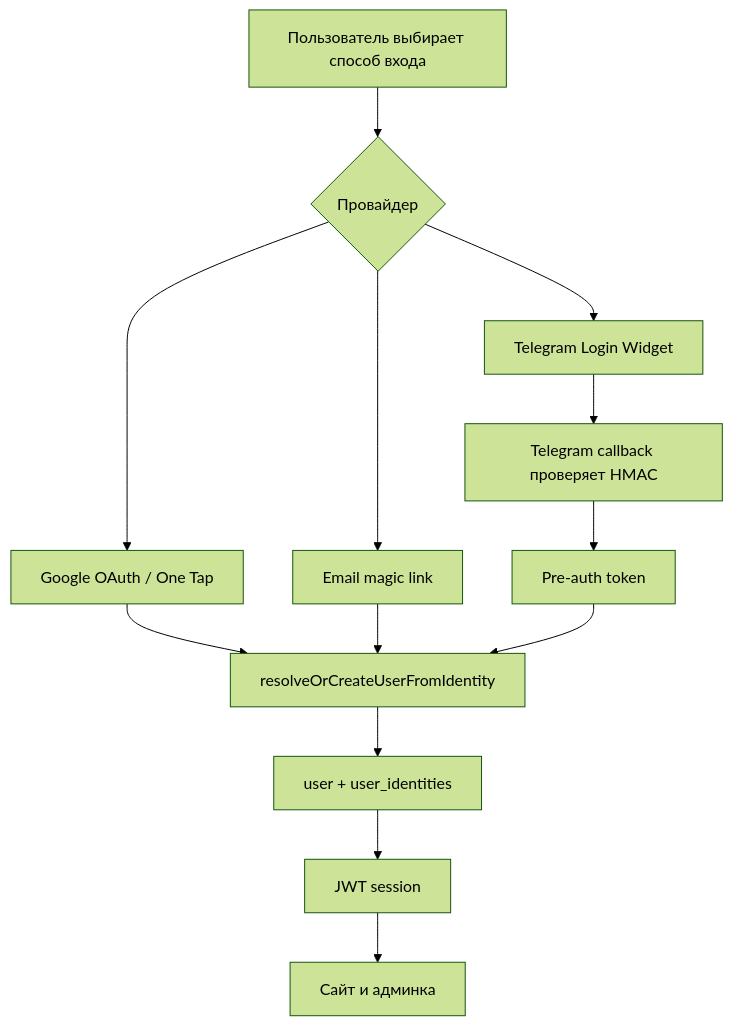
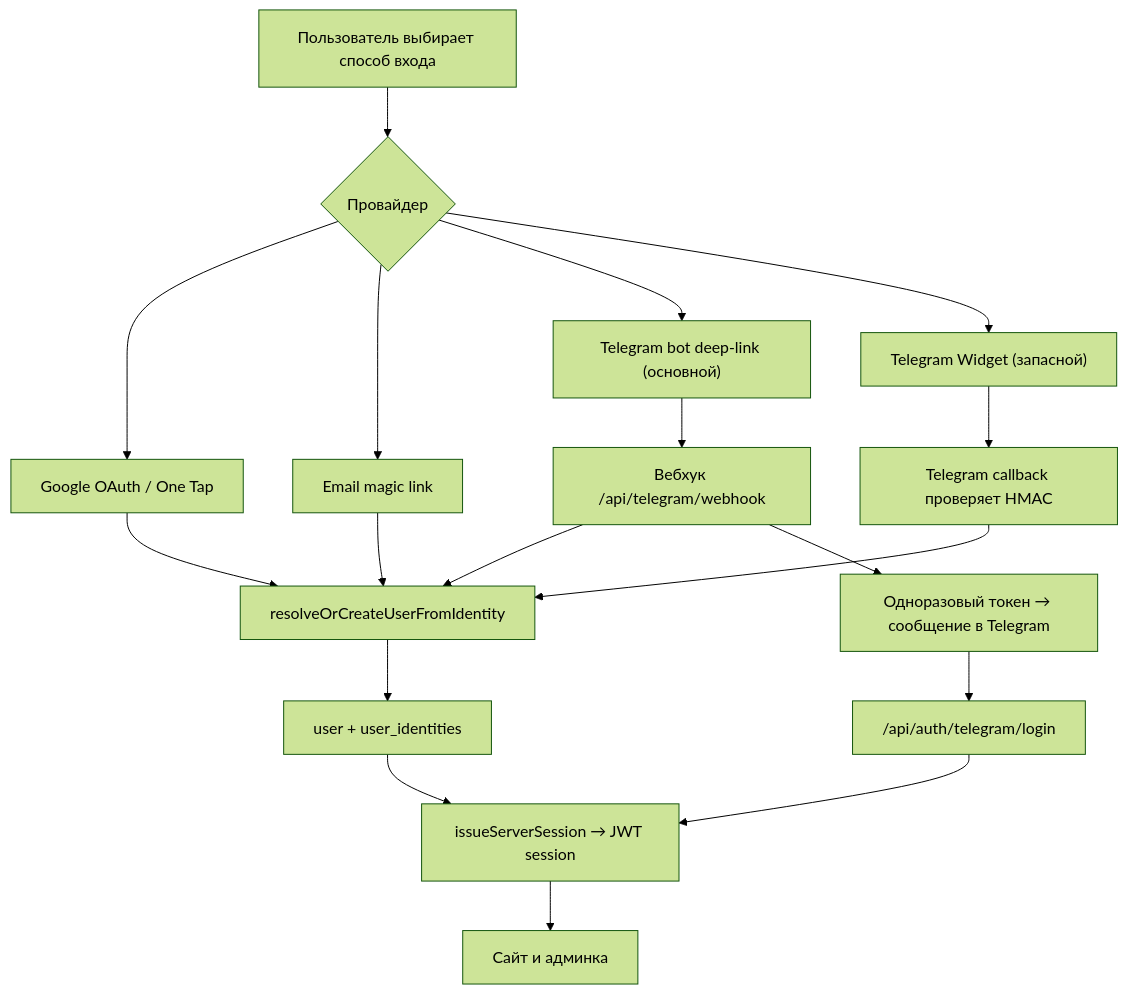
Before and after one commit to bon2362/book-club: the first of 2 diagrams in docs/wiki/Auth-and-Users.md, drawn with Mermaid (forest theme). The commit also changed other lines of this file and 13 other files, not shown here.

First line of the commit message:
feat(auth): вход через Telegram-бота (deep-link + поллинг, B2) (#399)

````diff
--- a/docs/wiki/Auth-and-Users.md
+++ b/docs/wiki/Auth-and-Users.md
@@ -33,15 +34,20 @@
 ```mermaid
 flowchart TD
     Start["Пользователь выбирает способ входа"] --> Provider{"Провайдер"}
     Provider --> Google["Google OAuth / One Tap"]
     Provider --> Email["Email magic link"]
-    Provider --> Telegram["Telegram Login Widget"]
+    Provider --> TgBot["Telegram bot deep-link (основной)"]
+    Provider --> TgWidget["Telegram Widget (запасной)"]
     Google --> Identity["resolveOrCreateUserFromIdentity"]
     Email --> Identity
-    Telegram --> Callback["Telegram callback проверяет HMAC"]
-    Callback --> Preauth["Pre-auth token"]
-    Preauth --> Identity
+    TgBot --> Webhook["Вебхук /api/telegram/webhook"]
+    Webhook --> Identity
+    Webhook --> Token["Одноразовый токен → сообщение в Telegram"]
+    Token --> LoginRoute["/api/auth/telegram/login"]
+    LoginRoute --> Session["issueServerSession → JWT session"]
+    TgWidget --> Callback["Telegram callback проверяет HMAC"]
+    Callback --> Identity
     Identity --> User["user + user_identities"]
-    User --> Session["JWT session"]
+    User --> Session
     Session --> Site["Сайт и админка"]
 ```
````
